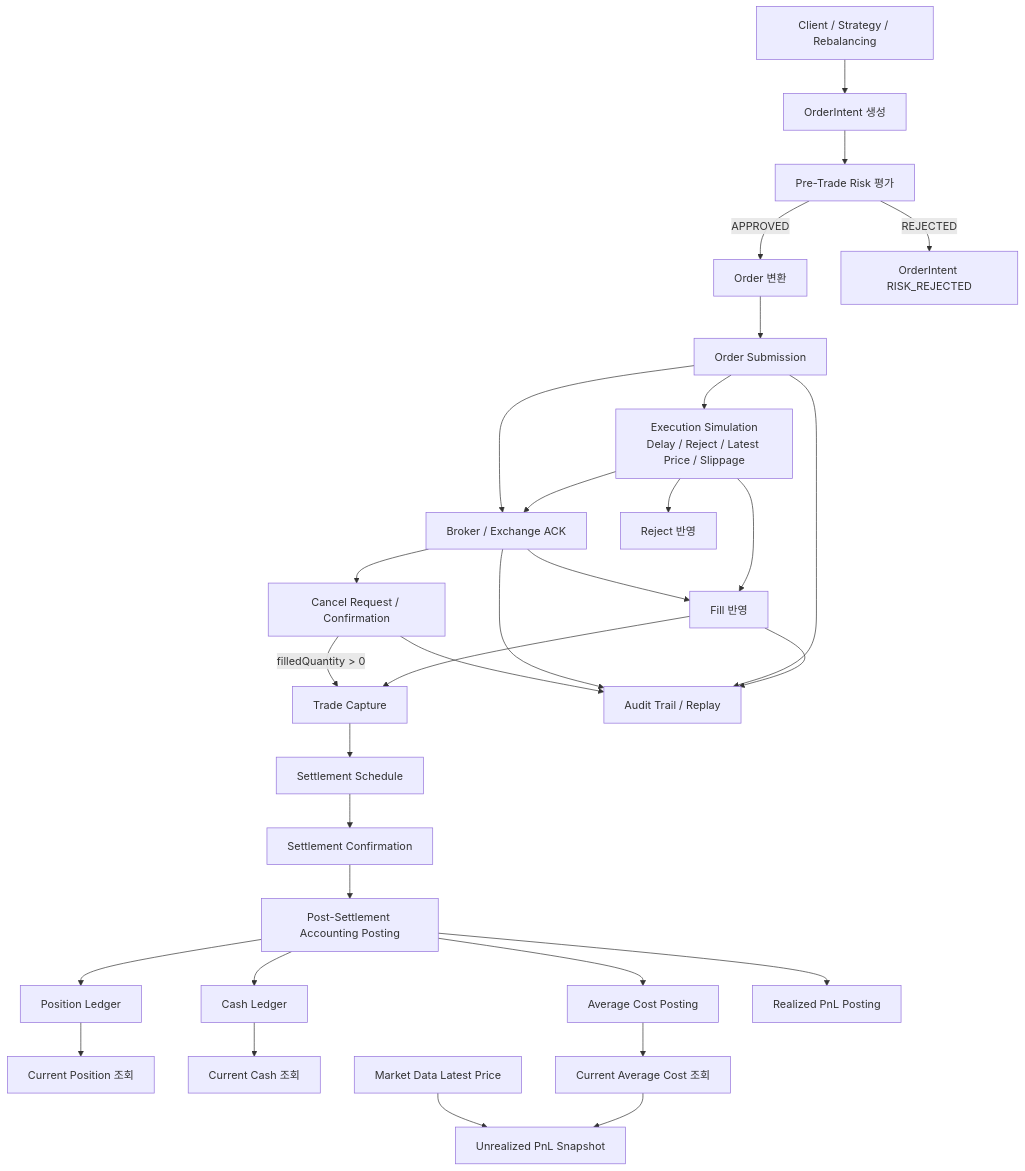
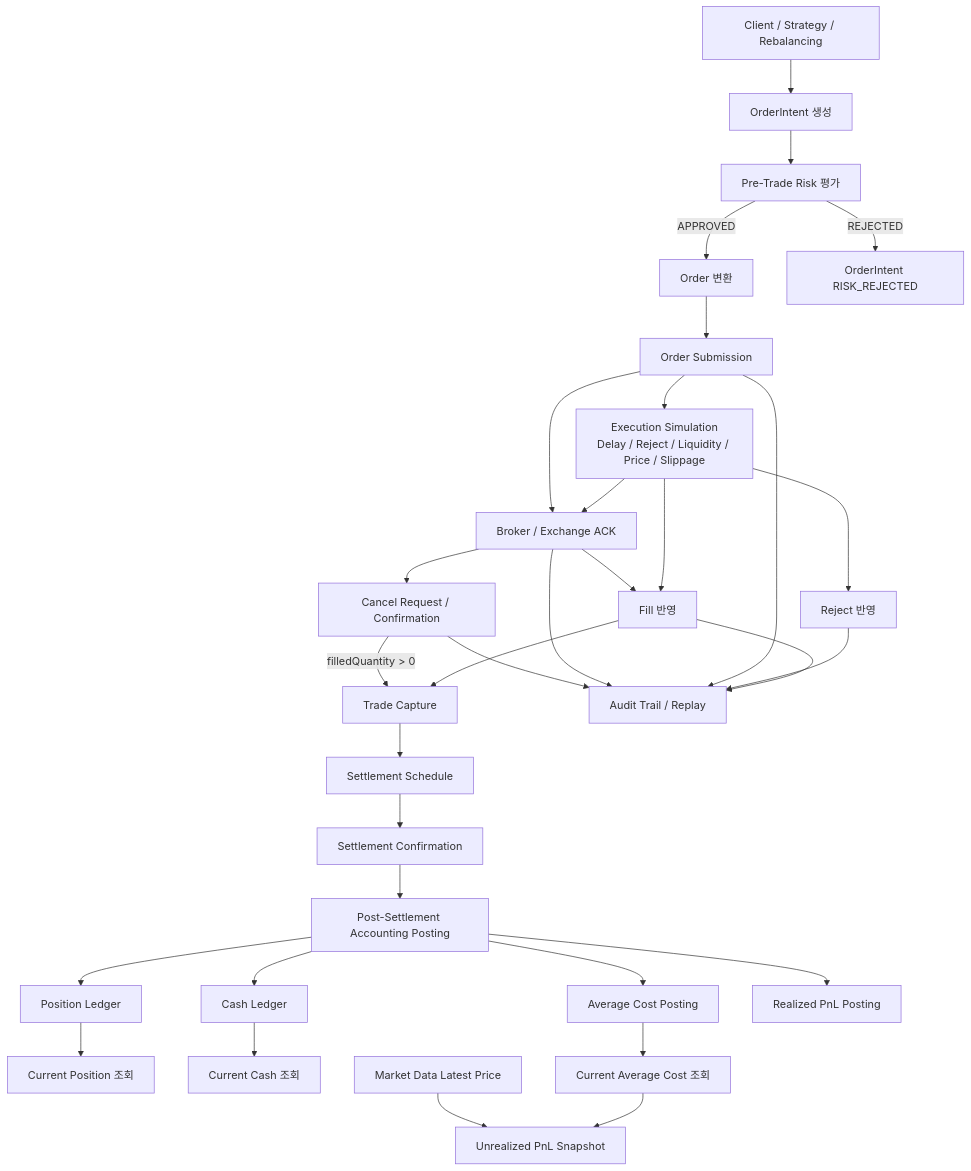
Before and after one commit to valor-lee/multi-asset-oms-simulation-platform: the first of 3 diagrams in docs/order-lifecycle-flow.md, drawn with Mermaid. The commit also changed other lines of this file and 10 other files, not shown here.

Commit message:
feat: simulate execution liquidity limits

````diff
--- a/docs/order-lifecycle-flow.md
+++ b/docs/order-lifecycle-flow.md
@@ -11,40 +11,41 @@
 ```mermaid
 flowchart TD
     A[Client / Strategy / Rebalancing] --> B[OrderIntent 생성]
     B --> C[Pre-Trade Risk 평가]
     C -->|APPROVED| D[Order 변환]
     C -->|REJECTED| C1[OrderIntent RISK_REJECTED]
 
     D --> E[Order Submission]
-    E --> X[Execution Simulation<br/>Delay / Reject / Latest Price / Slippage]
+    E --> X[Execution Simulation<br/>Delay / Reject / Liquidity / Price / Slippage]
     X --> F[Broker / Exchange ACK]
     X --> H[Reject 반영]
     X --> G[Fill 반영]
     E --> F
     F --> G
     F --> I[Cancel Request / Confirmation]
 
     G --> J[Trade Capture]
     I -->|filledQuantity > 0| J
 
     J --> K[Settlement Schedule]
     K --> L[Settlement Confirmation]
     L --> M[Post-Settlement Accounting Posting]
 
     M --> N[Position Ledger]
     M --> O[Cash Ledger]
     M --> P[Average Cost Posting]
     M --> T[Realized PnL Posting]
 
     N --> Q[Current Position 조회]
     O --> R[Current Cash 조회]
     P --> S[Current Average Cost 조회]
 
     S --> U[Unrealized PnL Snapshot]
     V[Market Data Latest Price] --> U
 
     G --> W[Audit Trail / Replay]
+    H --> W
     E --> W
     F --> W
     I --> W
 ```
````
